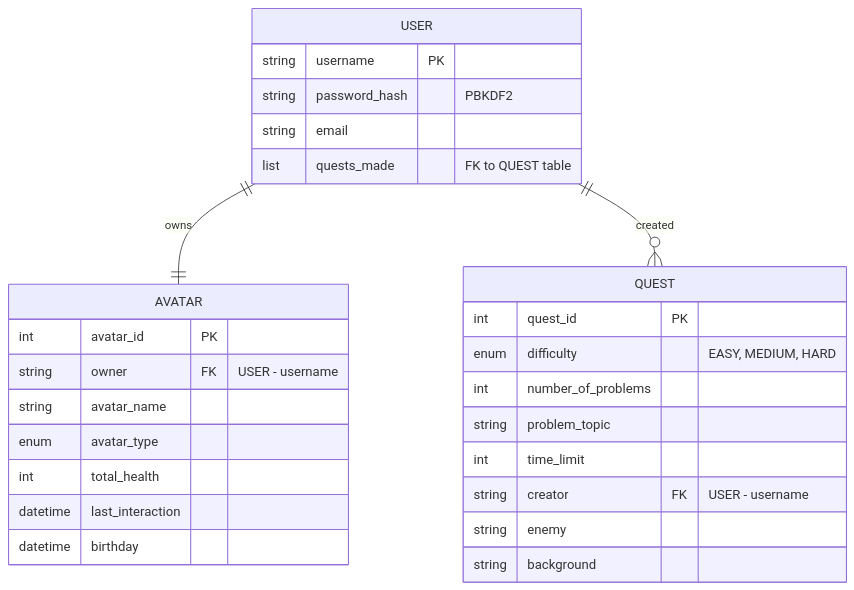
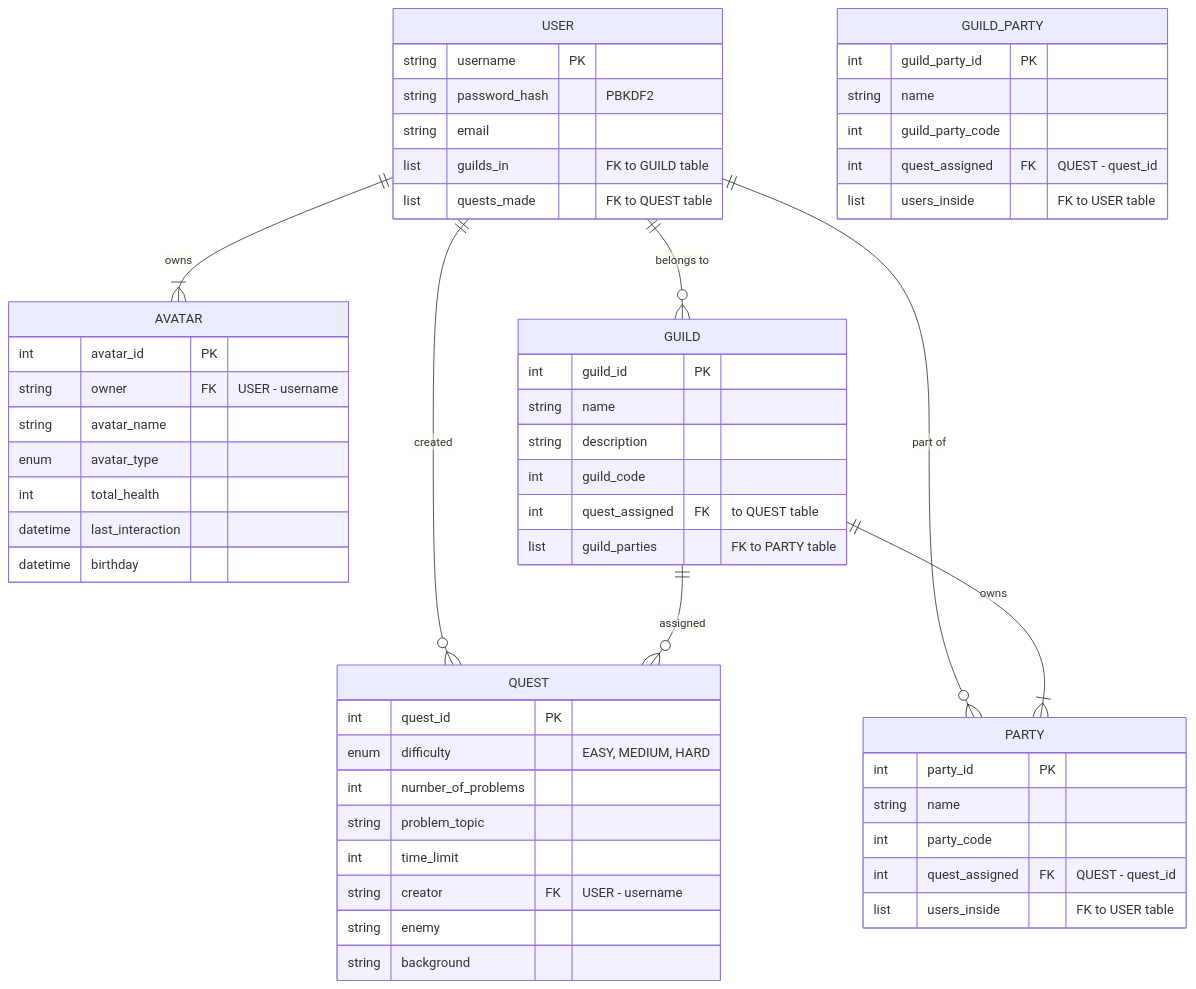
The diagram in documentation/docs/system-architecture/database-diagrams.md (capstone-projects-2024-fall/devs-and-dragons), drawn with Mermaid before and after one commit. The commit also changed other lines of this file and 90 other files, not shown here.

````diff
--- a/documentation/docs/system-architecture/database-diagrams.md
+++ b/documentation/docs/system-architecture/database-diagrams.md
@@ -8,34 +9,62 @@
 ```mermaid
 erDiagram
-USER ||--|| AVATAR : owns
+USER ||--|{ AVATAR : owns
+USER ||--o{ GUILD : "belongs to"
 USER ||--o{ QUEST : "created"
-
+USER ||--o{ PARTY : "part of"
+GUILD ||--o{ QUEST : "assigned"
+GUILD ||--|{ PARTY : "owns"
     USER {
         string username PK
         string password_hash "PBKDF2"
         string email
+        list guilds_in "FK to GUILD table"
         list quests_made "FK to QUEST table"
     }
 
     AVATAR {
         int avatar_id PK
         string owner FK "USER - username"
         string avatar_name
         enum avatar_type
         int total_health
         datetime last_interaction
         datetime birthday
     }
 
     QUEST {
         int quest_id PK
         enum difficulty "EASY, MEDIUM, HARD"
         int number_of_problems
         string problem_topic
         int time_limit 
         string creator FK "USER - username"
         string enemy
         string background
     }
 
+    GUILD {
+        int guild_id PK
+        string name
+        string description
+        int guild_code 
+        int quest_assigned FK "to QUEST table"
+        list guild_parties "FK to PARTY table"
+    }
+
+    PARTY {
+        int party_id PK
+        string name
+        int party_code
+        int quest_assigned FK "QUEST - quest_id"
+        list users_inside "FK to USER table"
+    }
+
+    GUILD_PARTY {
+        int guild_party_id PK
+        string name
+        int guild_party_code
+        int quest_assigned FK "QUEST - quest_id"
+        list users_inside "FK to USER table"
+    }
 ```
````
